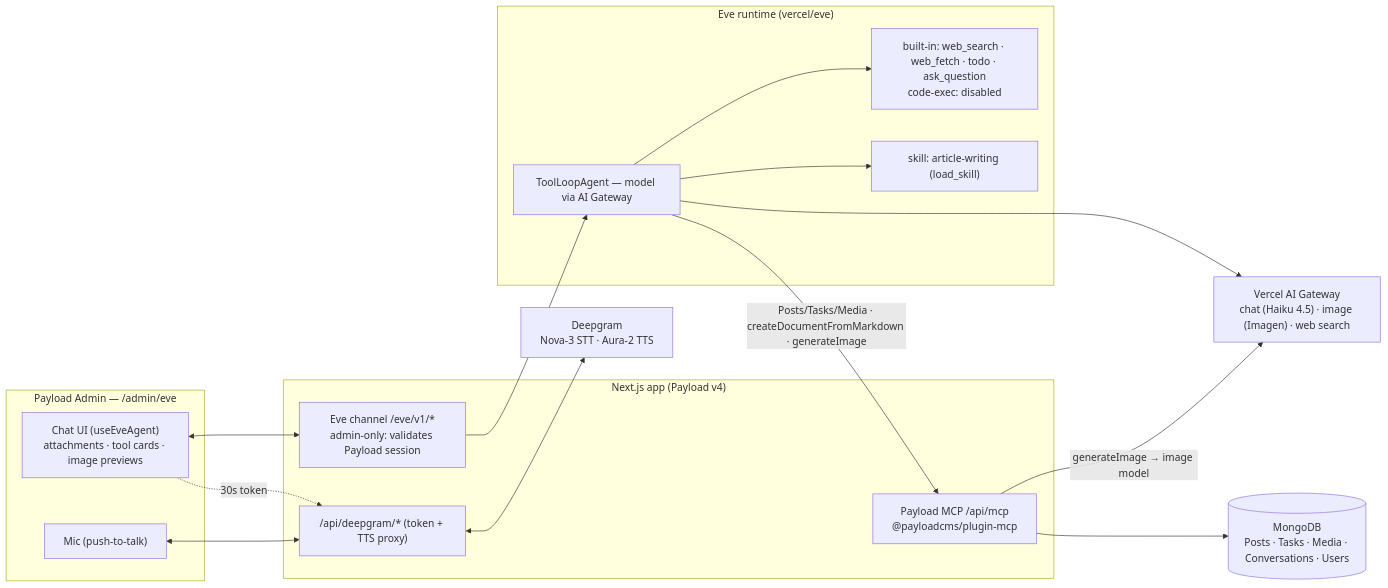
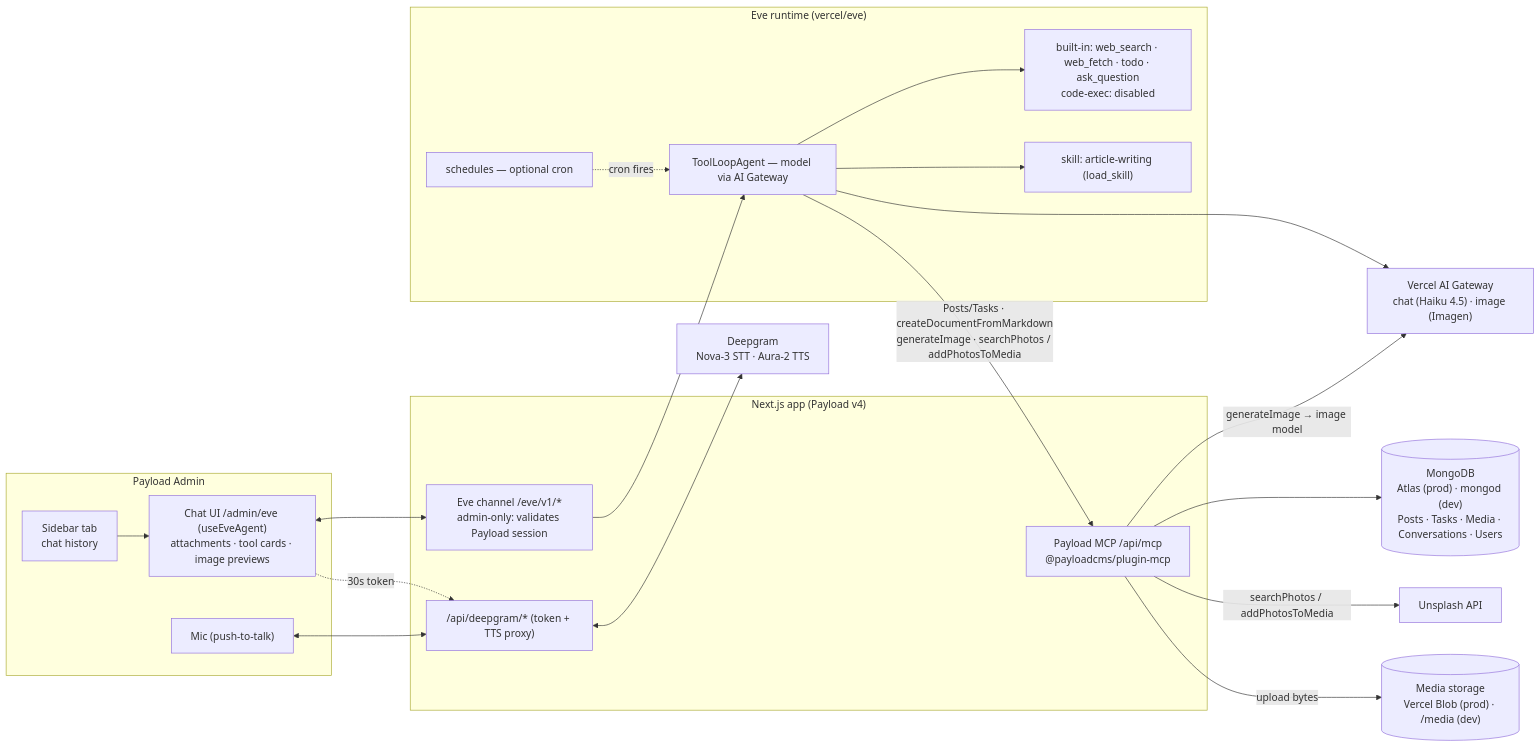
The diagram in README.md (elghaied/payload-eve-chat), drawn with Mermaid before and after one commit. The commit also changed other lines of this file and 5 other files, not shown here.

First line of the commit message:
docs(readme): refresh features, diagram, screenshots; add Eve framework + schedules

````diff
--- a/README.md
+++ b/README.md
@@ -61,32 +78,40 @@
 ```mermaid
 flowchart LR
-    subgraph browser["Payload Admin — /admin/eve"]
-        UI["Chat UI (useEveAgent)<br/>attachments · tool cards · image previews"]
+    subgraph browser["Payload Admin"]
+        Tab["Sidebar tab<br/>chat history"]
+        UI["Chat UI /admin/eve (useEveAgent)<br/>attachments · tool cards · image previews"]
         Mic["Mic (push-to-talk)"]
     end
 
     subgraph next["Next.js app (Payload v4)"]
         Channel["Eve channel /eve/v1/*<br/>admin-only: validates Payload session"]
         MCP["Payload MCP /api/mcp<br/>@payloadcms/plugin-mcp"]
         DG["/api/deepgram/* (token + TTS proxy)"]
     end
 
     subgraph eve["Eve runtime (vercel/eve)"]
         Agent["ToolLoopAgent — model via AI Gateway"]
         Tools["built-in: web_search · web_fetch · todo · ask_question<br/>code-exec: disabled"]
         Skill["skill: article-writing (load_skill)"]
+        Sched["schedules — optional cron"]
     end
 
-    GW["Vercel AI Gateway<br/>chat (Haiku 4.5) · image (Imagen) · web search"]
+    GW["Vercel AI Gateway<br/>chat (Haiku 4.5) · image (Imagen)"]
     DGcloud["Deepgram<br/>Nova-3 STT · Aura-2 TTS"]
-    DB[("MongoDB<br/>Posts · Tasks · Media · Conversations · Users")]
+    UN["Unsplash API"]
+    Store[("Media storage<br/>Vercel Blob (prod) · /media (dev)")]
+    DB[("MongoDB<br/>Atlas (prod) · mongod (dev)<br/>Posts · Tasks · Media · Conversations · Users")]
 
+    Tab --> UI
     UI <--> Channel --> Agent
+    Sched -. "cron fires" .-> Agent
     Agent --> GW
     Agent --> Tools
     Agent --> Skill
-    Agent -->|"Posts/Tasks/Media · createDocumentFromMarkdown · generateImage"| MCP --> DB
+    Agent -->|"Posts/Tasks · createDocumentFromMarkdown<br/>generateImage · searchPhotos / addPhotosToMedia"| MCP --> DB
     MCP -->|"generateImage → image model"| GW
+    MCP -->|"searchPhotos / addPhotosToMedia"| UN
+    MCP -->|"upload bytes"| Store
     UI -. "30s token" .-> DG
     Mic <--> DG <--> DGcloud
 ```
````
